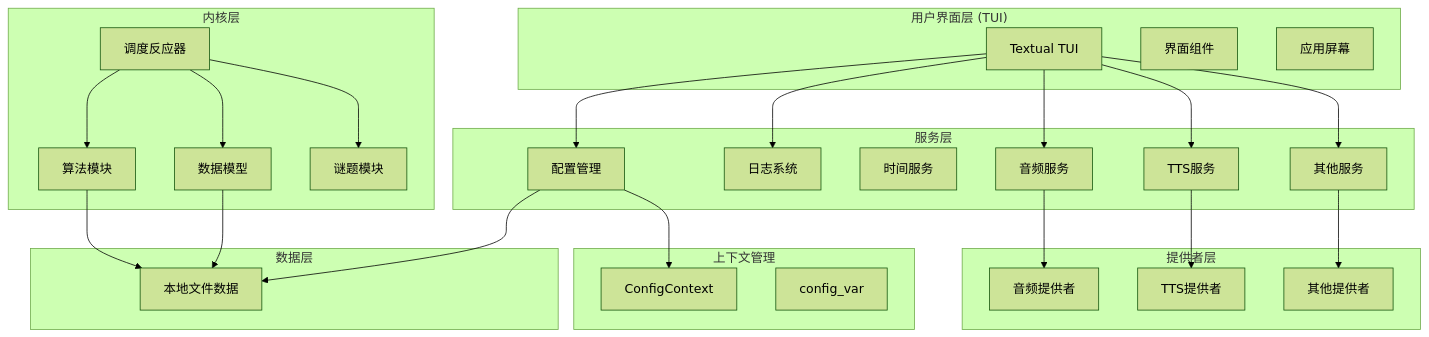
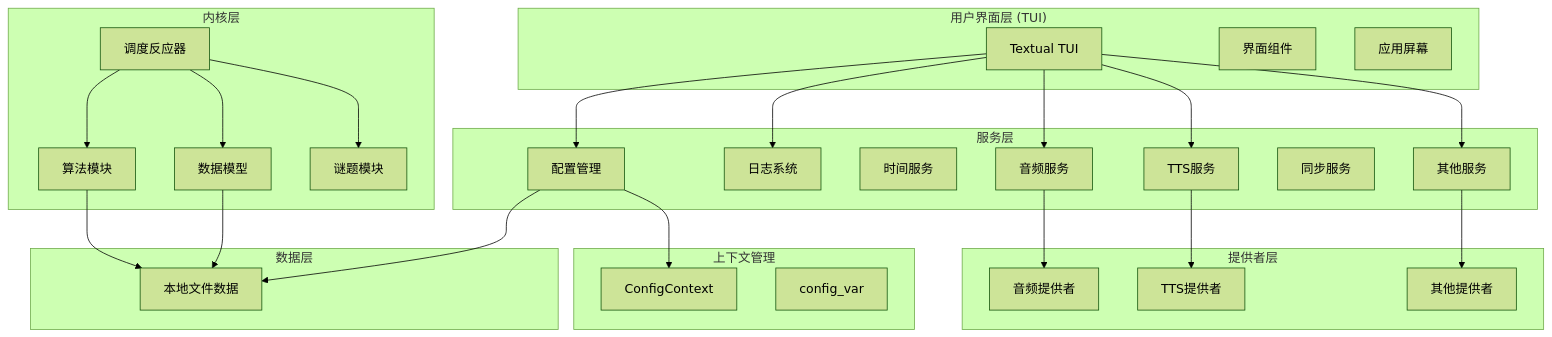
Before and after one commit to pluvium27/HeurAMS: the diagram in README.md, drawn with Mermaid (forest theme). The commit also changed other lines of this file and 11 other files, not shown here.

````diff
--- a/README.md
+++ b/README.md
@@ -93,55 +110,56 @@
 ```mermaid
 graph TB
     subgraph "用户界面层 (TUI)"
         TUI[Textual TUI]
         Widgets[界面组件]
         Screens[应用屏幕]
     end
 
     subgraph "服务层"
         Config[配置管理]
         Logger[日志系统]
         Timer[时间服务]
         AudioService[音频服务]
         TTSService[TTS服务]
+        SyncService[同步服务]
         OtherServices[其他服务]
     end
 
     subgraph "内核层"
         Algorithms[算法模块]
         Particles[数据模型]
         Puzzles[谜题模块]
         Reactor[调度反应器]
     end
 
     subgraph "提供者层"
         AudioProvider[音频提供者]
         TTSProvider[TTS提供者]
         OtherProviders[其他提供者]
     end
 
     subgraph "数据层"
         Files[本地文件数据]
     end
 
     subgraph "上下文管理"
         Context[ConfigContext]
         CtxVar[config_var]
     end
 
     TUI --> Config
     TUI --> Logger
     TUI --> AudioService
     TUI --> TTSService
     TUI --> OtherServices
     Config --> Files
     Config --> Context
     AudioService --> AudioProvider
     TTSService --> TTSProvider
     OtherServices --> OtherProviders
     Reactor --> Algorithms
     Reactor --> Particles
     Reactor --> Puzzles
     Particles --> Files
     Algorithms --> Files
 ```
````
